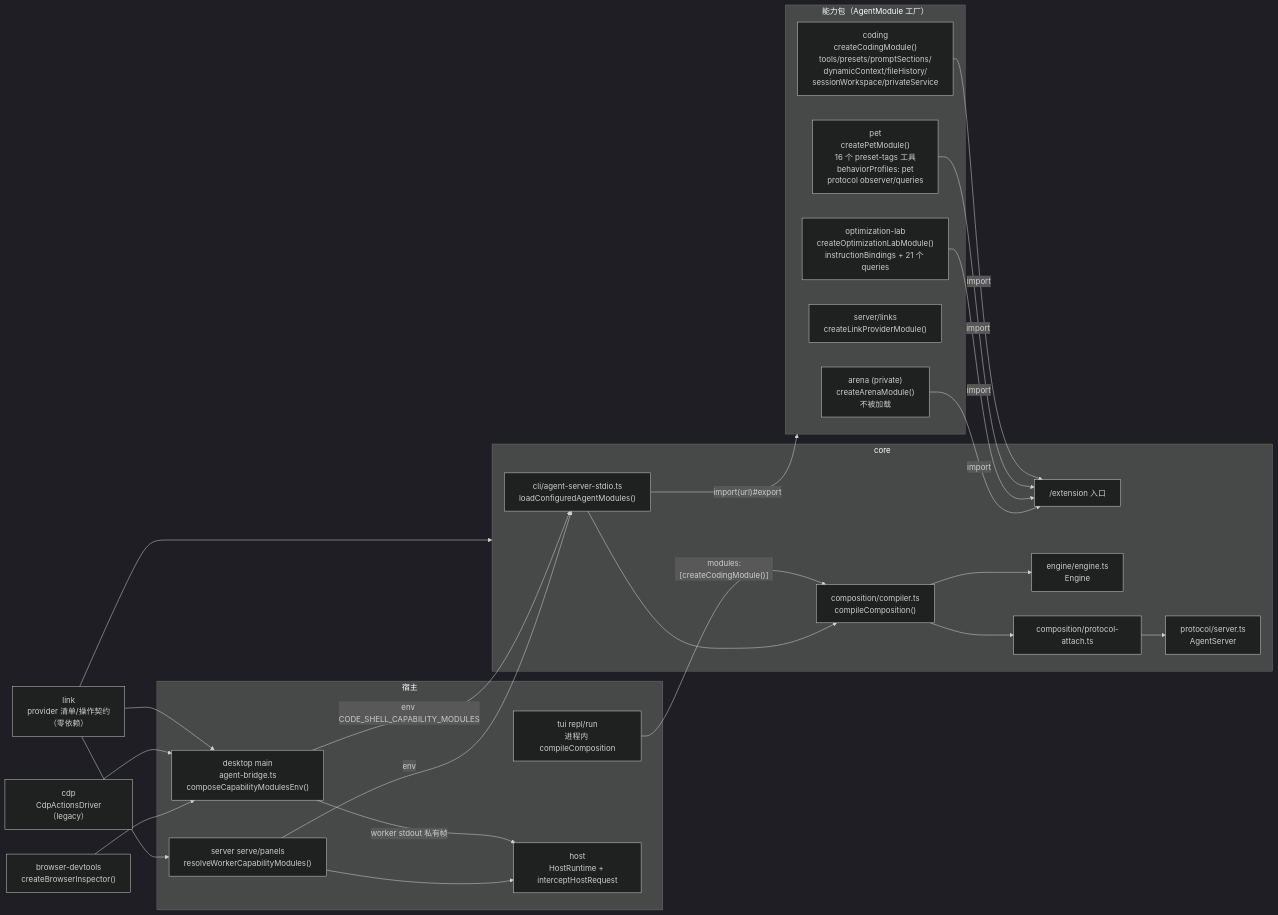
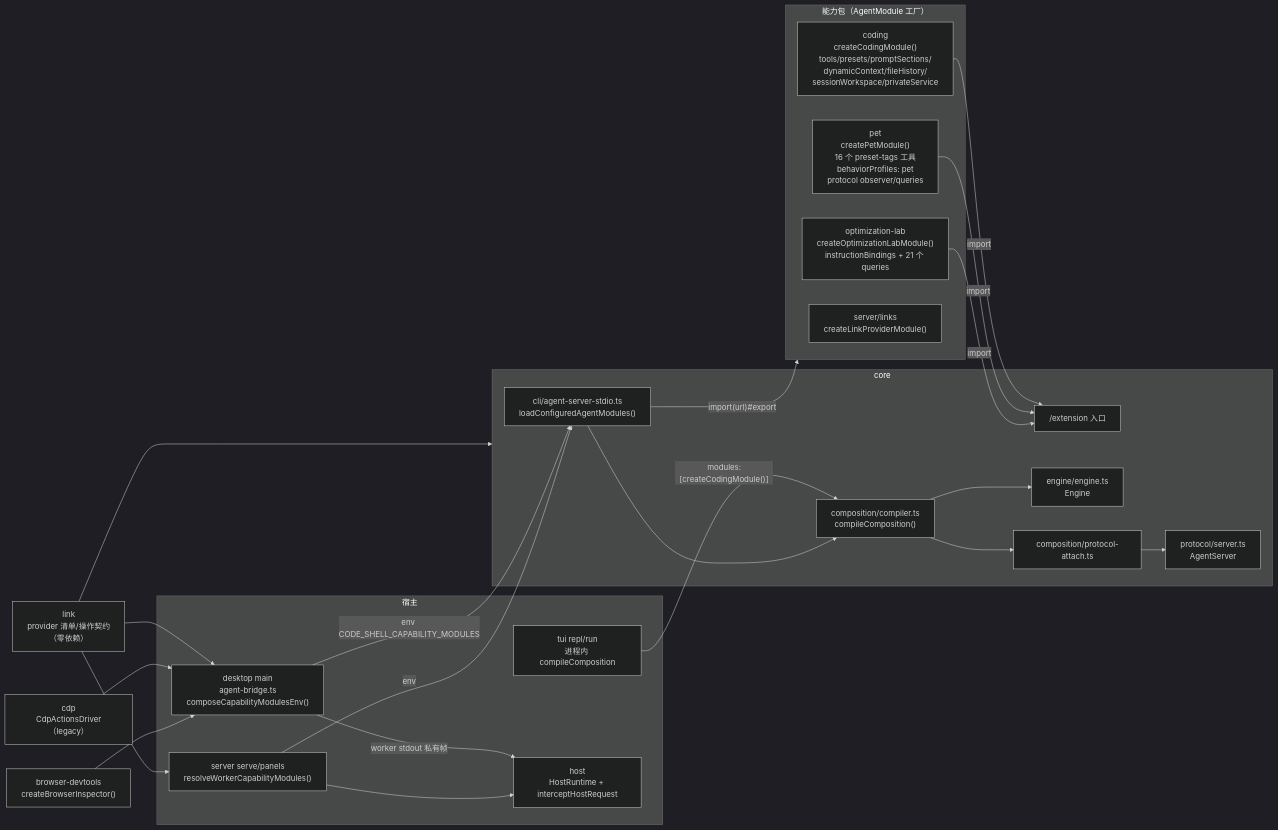
One commit to cjhyy/codeshell changed the diagram in docs/architecture/06-capability-packages.md. Above: the diagram before and after it, drawn with Mermaid (dark theme). The commit also changed other lines of this file and 86 other files, not shown here.

Commit message:
chore(architecture): remove retired Arena workspace

````diff
--- a/docs/architecture/06-capability-packages.md
+++ b/docs/architecture/06-capability-packages.md
@@ -77,45 +76,44 @@
 ```mermaid
 graph LR
   subgraph Packs["能力包（AgentModule 工厂）"]
     coding["coding<br/>createCodingModule()<br/>tools/presets/promptSections/<br/>dynamicContext/fileHistory/<br/>sessionWorkspace/privateService"]
     pet["pet<br/>createPetModule()<br/>16 个 preset-tags 工具<br/>behaviorProfiles: pet<br/>protocol observer/queries"]
     olab["optimization-lab<br/>createOptimizationLabModule()<br/>instructionBindings + 21 个 queries"]
     links["server/links<br/>createLinkProviderModule()"]
-    arena["arena (private)<br/>createArenaModule()<br/>不被加载"]
   end
 
   subgraph Core["core"]
     ext["/extension 入口"]
     stdio["cli/agent-server-stdio.ts<br/>loadConfiguredAgentModules()"]
     comp["composition/compiler.ts<br/>compileComposition()"]
     eng["engine/engine.ts<br/>Engine"]
     srv["protocol/server.ts<br/>AgentServer"]
     attach["composition/protocol-attach.ts"]
   end
 
   subgraph Hosts["宿主"]
     desk["desktop main<br/>agent-bridge.ts<br/>composeCapabilityModulesEnv()"]
     serve["server serve/panels<br/>resolveWorkerCapabilityModules()"]
     tui["tui repl/run<br/>进程内 compileComposition"]
     hostpkg["host<br/>HostRuntime + interceptHostRequest"]
   end
 
   linkpkg["link<br/>provider 清单/操作契约<br/>（零依赖）"]
   cdp["cdp<br/>CdpActionsDriver（legacy）"]
   bdt["browser-devtools<br/>createBrowserInspector()"]
 
-  coding & pet & olab & arena -->|import| ext
+  coding & pet & olab -->|import| ext
   desk -->|"env CODE_SHELL_CAPABILITY_MODULES"| stdio
   serve -->|env| stdio
   tui -->|"modules:[createCodingModule()]"| comp
   stdio -->|"import(url)#export"| Packs
   stdio --> comp
   comp --> eng
   comp --> attach --> srv
   desk -->|worker stdout 私有帧| hostpkg
   serve --> hostpkg
   linkpkg --> Core
   linkpkg --> desk & serve
   cdp --> desk
   bdt --> desk
 ```
````
